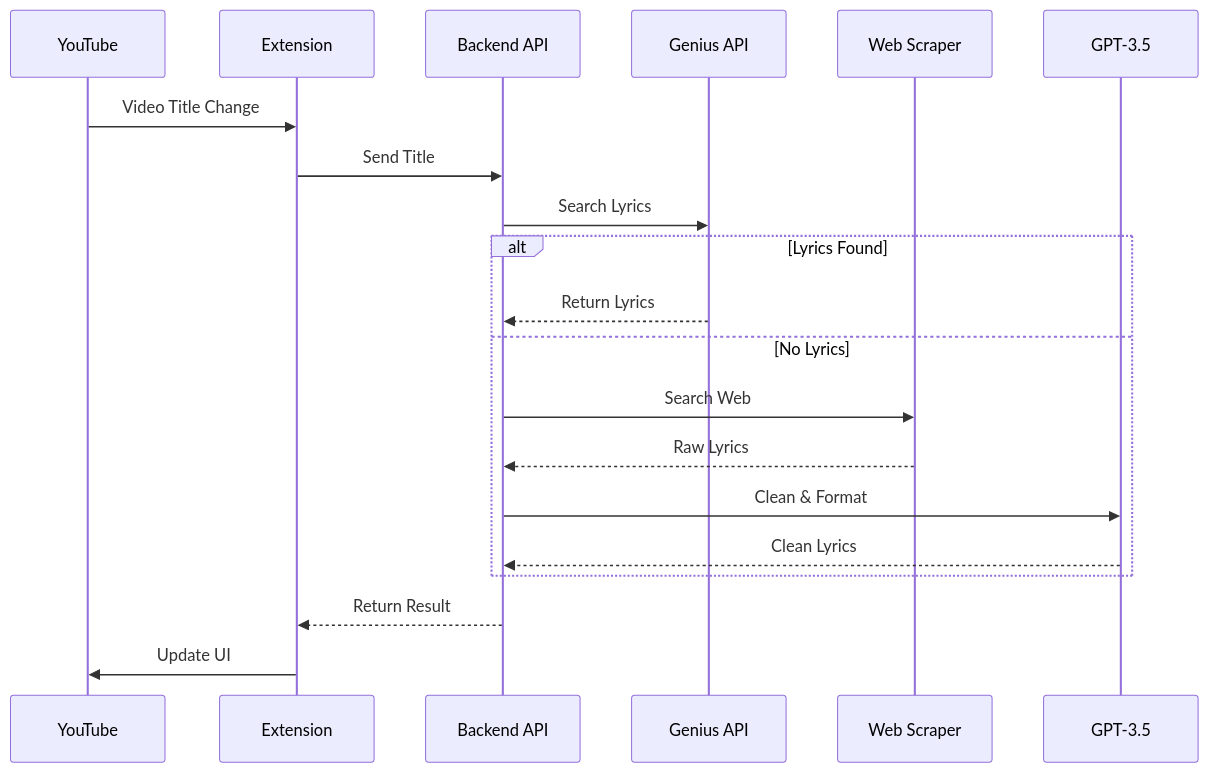
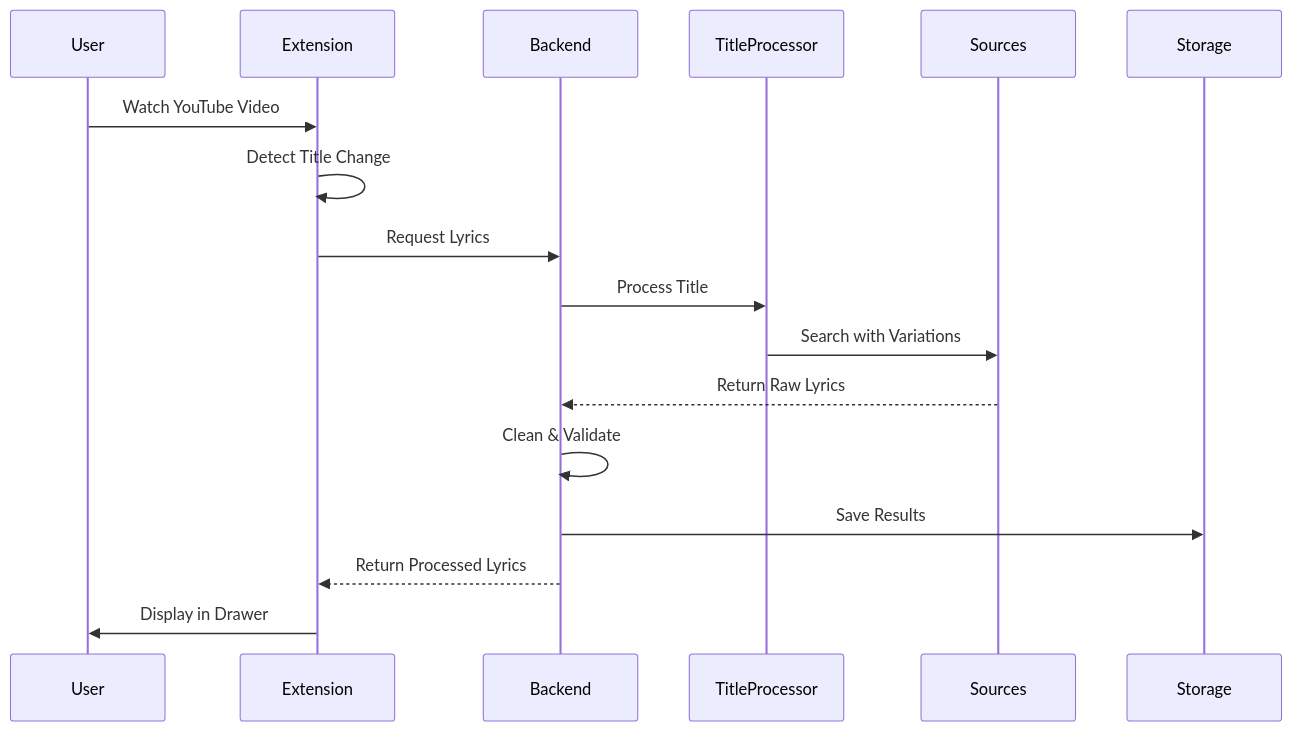
One commit to KrishnaKumarSoni/beatscript changed the third of 14 diagrams in README.md. Above: the diagram before and after it, drawn with Mermaid. The commit also changed other lines of this file and 3 other files, not shown here.

````diff
--- a/README.md
+++ b/README.md
@@ -71,23 +73,20 @@
 ```mermaid
 sequenceDiagram
-    participant YT as YouTube
-    participant EXT as Extension
-    participant API as Backend API
-    participant GEN as Genius API
-    participant SCR as Web Scraper
-    participant GPT as GPT-3.5
+    participant User
+    participant Extension
+    participant Backend
+    participant TitleProcessor
+    participant Sources
+    participant Storage
     
-    YT->>EXT: Video Title Change
-    EXT->>API: Send Title
-    API->>GEN: Search Lyrics
-    alt Lyrics Found
-        GEN-->>API: Return Lyrics
-    else No Lyrics
-        API->>SCR: Search Web
-        SCR-->>API: Raw Lyrics
-        API->>GPT: Clean & Format
-        GPT-->>API: Clean Lyrics
-    end
-    API-->>EXT: Return Result
-    EXT->>YT: Update UI
+    User->>Extension: Watch YouTube Video
+    Extension->>Extension: Detect Title Change
+    Extension->>Backend: Request Lyrics
+    Backend->>TitleProcessor: Process Title
+    TitleProcessor->>Sources: Search with Variations
+    Sources-->>Backend: Return Raw Lyrics
+    Backend->>Backend: Clean & Validate
+    Backend->>Storage: Save Results
+    Backend-->>Extension: Return Processed Lyrics
+    Extension->>User: Display in Drawer
 ```
````
